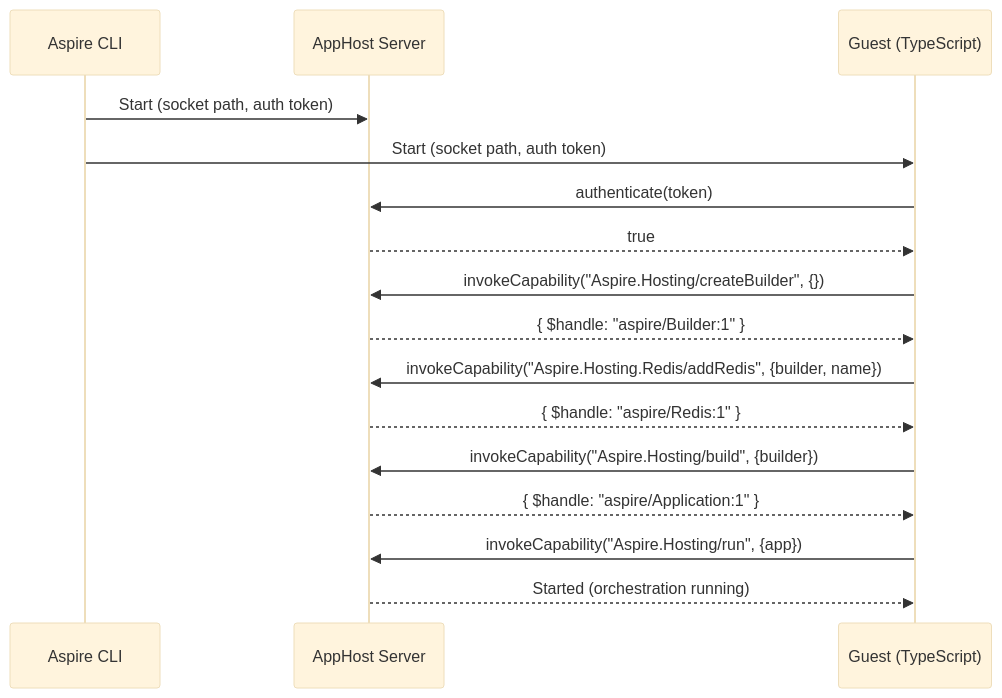
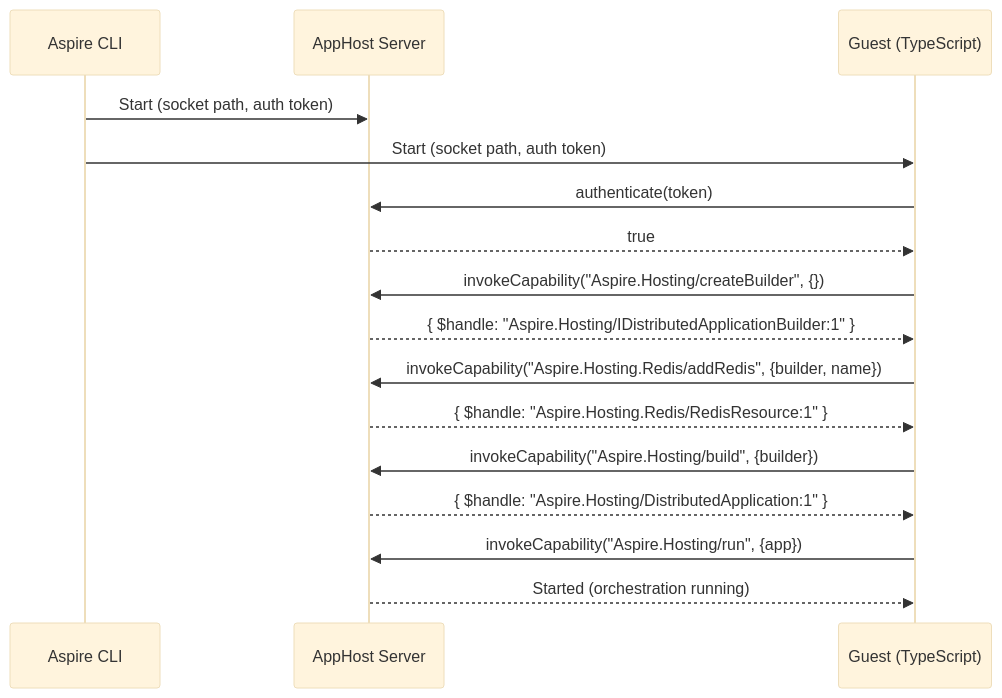
Before and after one commit to dotnet/aspire: the second of 4 diagrams in docs/specs/polyglot-apphost.md, drawn with Mermaid (base theme). The commit also changed other lines of this file and 16 other files, not shown here.

````diff
--- a/docs/specs/polyglot-apphost.md
+++ b/docs/specs/polyglot-apphost.md
@@ -117,24 +117,24 @@
 ```mermaid
 sequenceDiagram
     participant CLI as Aspire CLI
     participant Host as AppHost Server
     participant Guest as Guest (TypeScript)
 
     CLI->>Host: Start (socket path, auth token)
     CLI->>Guest: Start (socket path, auth token)
 
     Guest->>Host: authenticate(token)
     Host-->>Guest: true
 
     Guest->>Host: invokeCapability("Aspire.Hosting/createBuilder", {})
-    Host-->>Guest: { $handle: "aspire/Builder:1" }
+    Host-->>Guest: { $handle: "Aspire.Hosting/IDistributedApplicationBuilder:1" }
 
     Guest->>Host: invokeCapability("Aspire.Hosting.Redis/addRedis", {builder, name})
-    Host-->>Guest: { $handle: "aspire/Redis:1" }
+    Host-->>Guest: { $handle: "Aspire.Hosting.Redis/RedisResource:1" }
 
     Guest->>Host: invokeCapability("Aspire.Hosting/build", {builder})
-    Host-->>Guest: { $handle: "aspire/Application:1" }
+    Host-->>Guest: { $handle: "Aspire.Hosting/DistributedApplication:1" }
 
     Guest->>Host: invokeCapability("Aspire.Hosting/run", {app})
     Host-->>Guest: Started (orchestration running)
 ```
````
